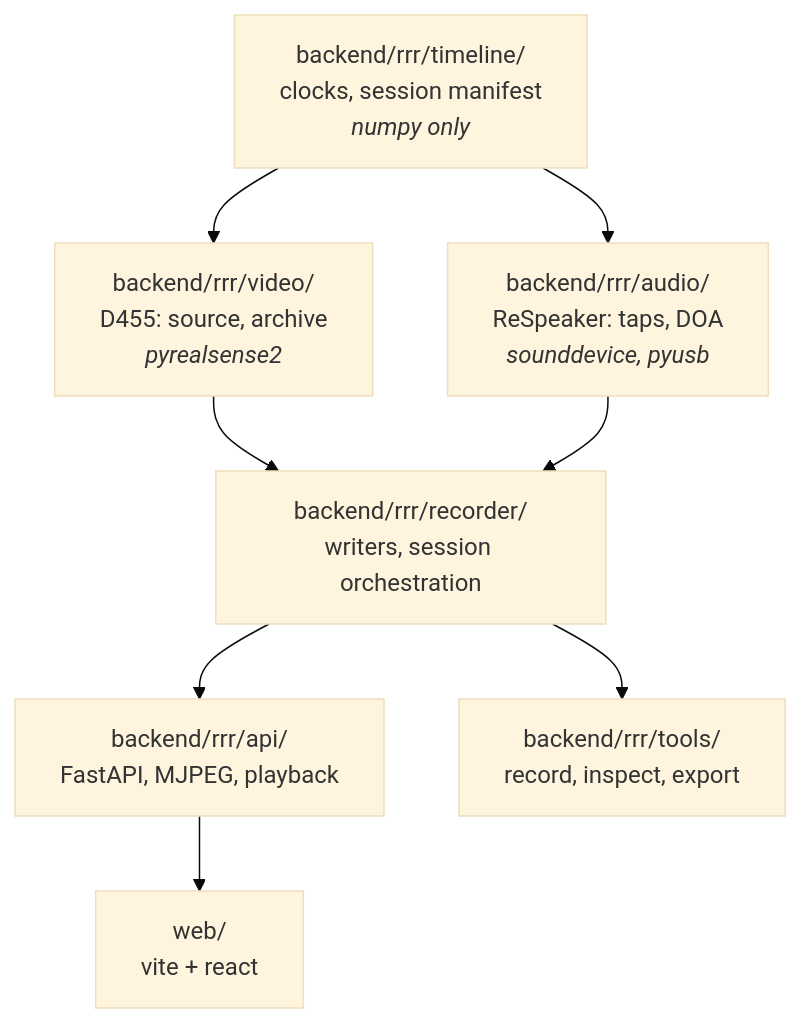
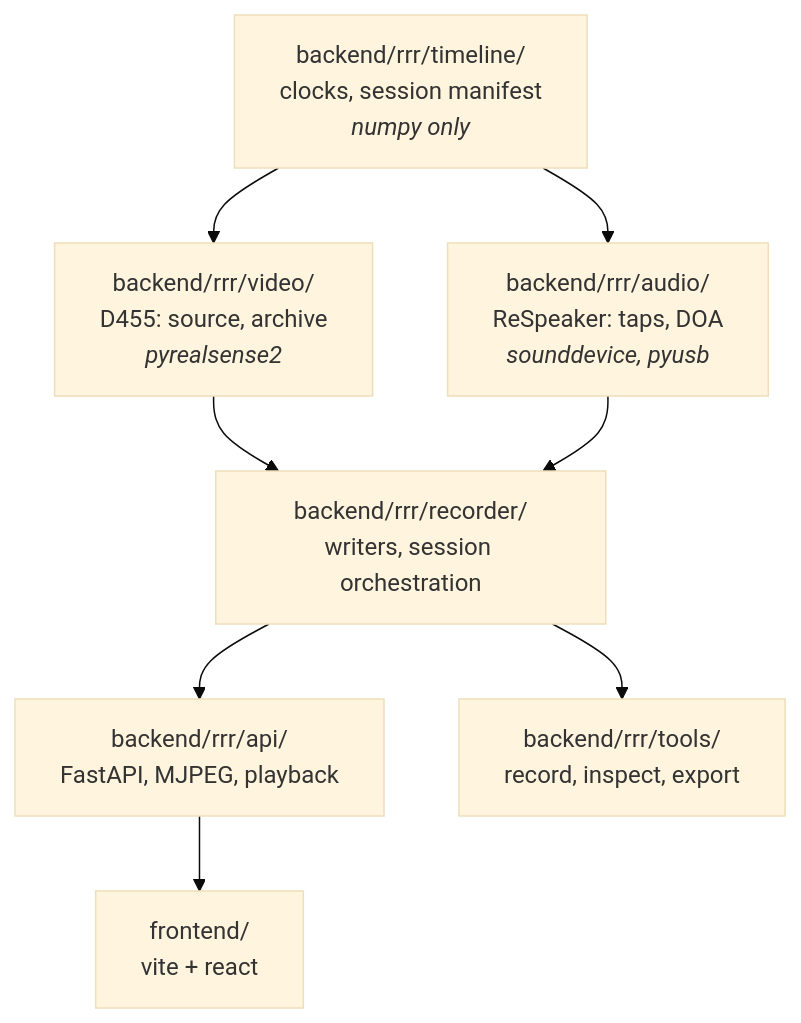
One commit to tkanek0/rererecorder changed the first of 2 diagrams in docs/design.md. Above: the diagram before and after it, drawn with Mermaid (base theme). The commit also changed other lines of this file and 24 other files, not shown here.

Commit message:
Rename web to frontend

````diff
--- a/docs/design.md
+++ b/docs/design.md
@@ -30,17 +30,17 @@
 ```mermaid
 flowchart TD
     T["backend/rrr/timeline/<br/>clocks, session manifest<br/><i>numpy only</i>"]
     V["backend/rrr/video/<br/>D455: source, archive<br/><i>pyrealsense2</i>"]
     A["backend/rrr/audio/<br/>ReSpeaker: taps, DOA<br/><i>sounddevice, pyusb</i>"]
     R["backend/rrr/recorder/<br/>writers, session orchestration"]
     S["backend/rrr/api/<br/>FastAPI, MJPEG, playback"]
     C["backend/rrr/tools/<br/>record, inspect, export"]
-    W["web/<br/>vite + react"]
+    W["frontend/<br/>vite + react"]
     T --> V
     T --> A
     V --> R
     A --> R
     R --> S
     R --> C
     S --> W
 ```
````
